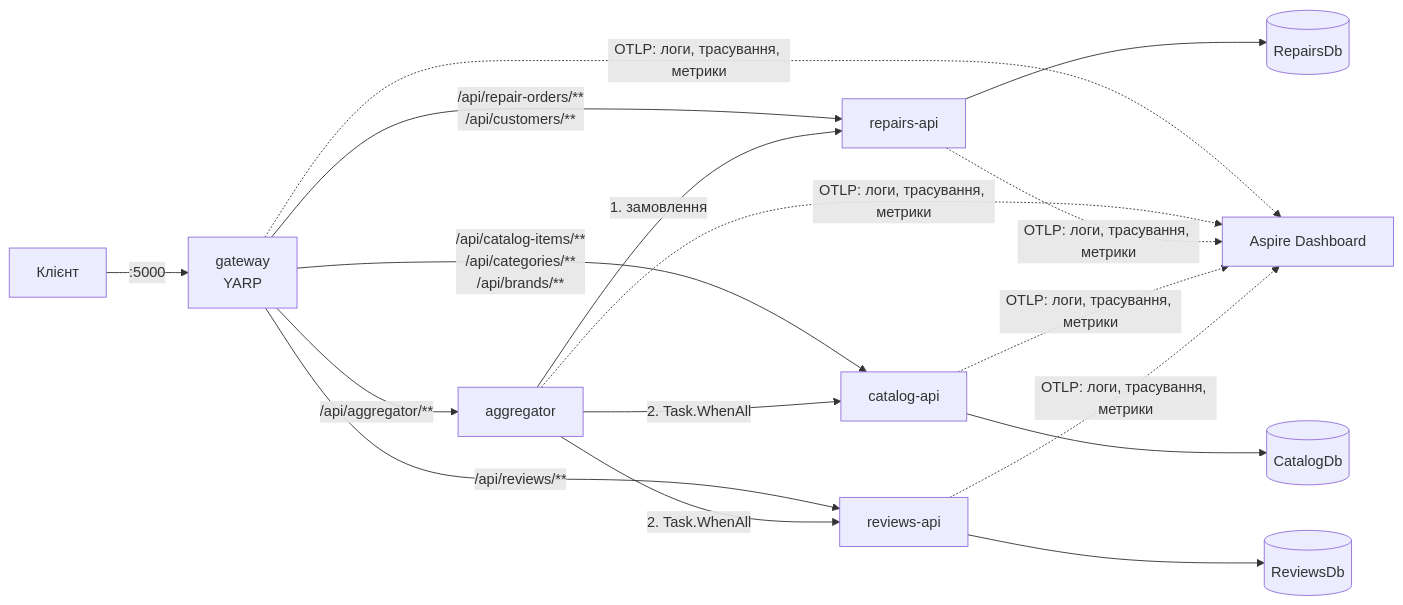
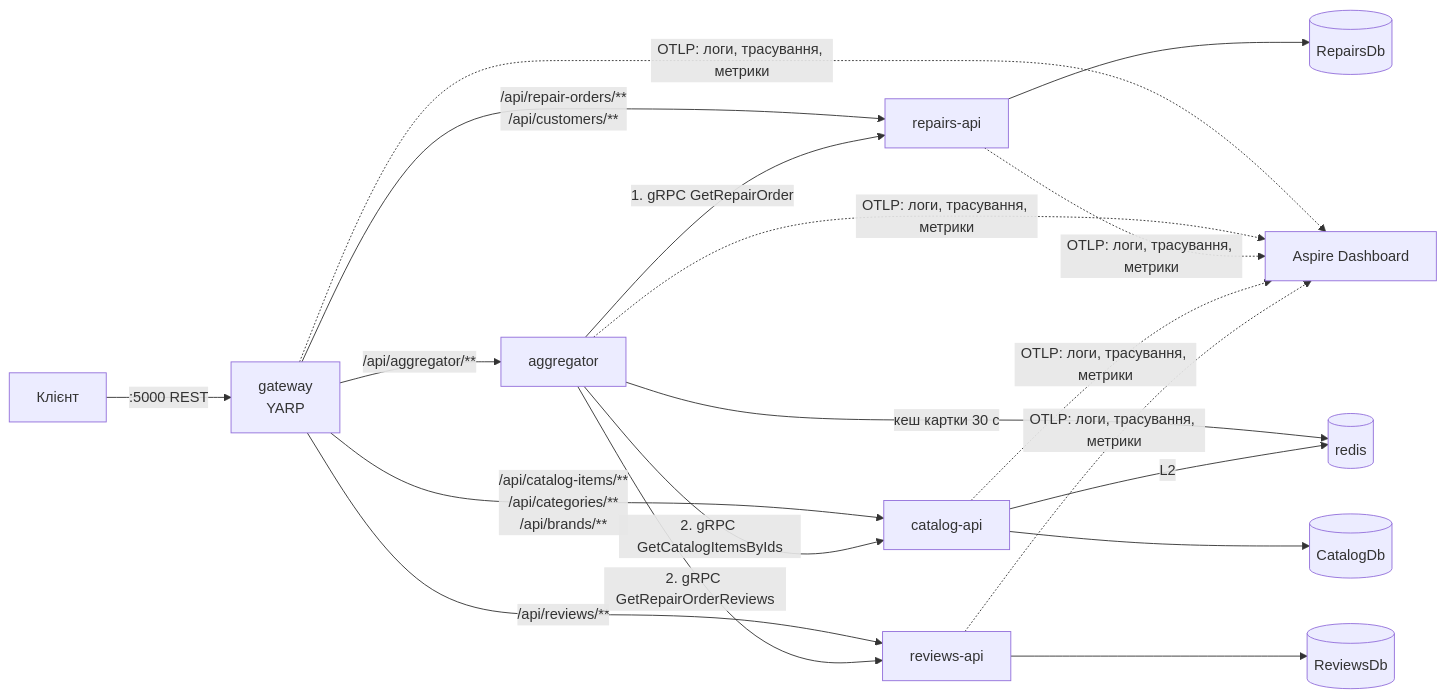
One commit to totalbyte/dotnet-practice changed the diagram in docs/platform.md. Above: the diagram before and after it, drawn with Mermaid. The commit also changed other lines of this file and 13 other files, not shown here.

Commit message:
docs: describe gRPC contracts, Catalog cache and HTTP vs gRPC comparison

````diff
--- a/docs/platform.md
+++ b/docs/platform.md
@@ -18,15 +19,17 @@
 ```mermaid
 flowchart LR
-    Client["Клієнт"] -->|":5000"| GW["gateway<br/>YARP"]
+    Client["Клієнт"] -->|":5000 REST"| GW["gateway<br/>YARP"]
     GW -->|/api/aggregator/**| AGG["aggregator"]
     GW -->|/api/repair-orders/**<br/>/api/customers/**| RA["repairs-api"]
     GW -->|/api/catalog-items/**<br/>/api/categories/**<br/>/api/brands/**| CA["catalog-api"]
     GW -->|/api/reviews/**| WA["reviews-api"]
-    AGG -->|1. замовлення| RA
-    AGG -->|2. Task.WhenAll| CA
-    AGG -->|2. Task.WhenAll| WA
+    AGG -->|"1. gRPC GetRepairOrder"| RA
+    AGG -->|"2. gRPC GetCatalogItemsByIds"| CA
+    AGG -->|"2. gRPC GetRepairOrderReviews"| WA
+    AGG -->|кеш картки 30 с| REDIS[("redis")]
+    CA -->|L2| REDIS
     RA --> RDB[("RepairsDb")]
     CA --> CDB[("CatalogDb")]
     WA --> MDB[("ReviewsDb")]
     GW & AGG & RA & CA & WA -.->|OTLP: логи, трасування, метрики| DASH["Aspire Dashboard"]
 ```
````
